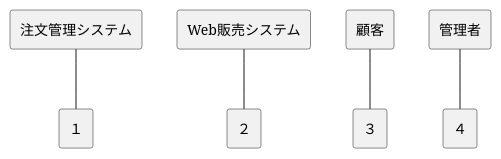
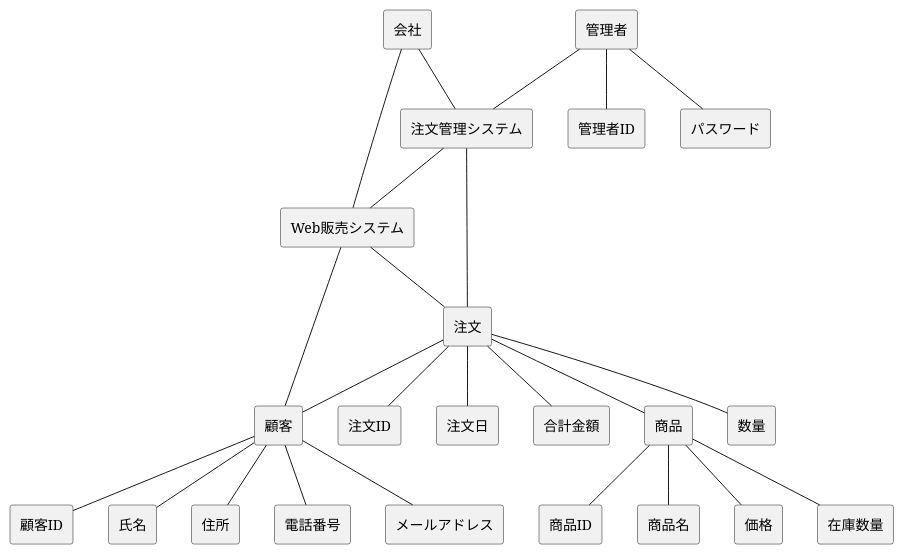
Before and after one commit to ko246/ohara_uml: the diagram in group/3-3_総合演習1_BBショップ注文管理システム/ドメインモデル図/domain.pu, drawn with PlantUML.

Commit message:
ドメインモデル図

```diff
--- a/group/3-3_総合演習1_BBショップ注文管理システム/ドメインモデル図/domain.pu
+++ b/group/3-3_総合演習1_BBショップ注文管理システム/ドメインモデル図/domain.pu
@@ -1,10 +1,32 @@
 @startuml Robodogドメインモデル図
 skinparam componentStyle rectangle
 
-' Robodog
-[注文管理システム] -- [１]
-[Web販売システム] -- [２]
-[顧客] -- [３]
-[管理者] -- [４]
+' 
+[会社] --[Web販売システム]
+[会社] -- [注文管理システム]
+[注文管理システム] -- [Web販売システム]
+[注文管理システム] -- [注文]
+[Web販売システム] -- [注文]
+[管理者] -- [注文管理システム]
+[顧客] -- [Web販売システム]
+[顧客] -- [顧客ID]
+[顧客] -- [氏名]
+[顧客] -- [住所]
+[顧客] -- [電話番号]
+[顧客] -- [メールアドレス]
+[注文] -- [注文ID]
+[注文] -- [注文日]
+[注文] -- [合計金額]
+[商品] -- [商品ID]
+[商品] -- [商品名]
+[商品] -- [価格]
+[商品] -- [在庫数量]
+[注文] -- [顧客]
+[注文] -- [商品]
+[注文] -- [数量]
+
+[管理者] -- [管理者ID]
+[管理者] -- [パスワード]
+
 
 @enduml
```
